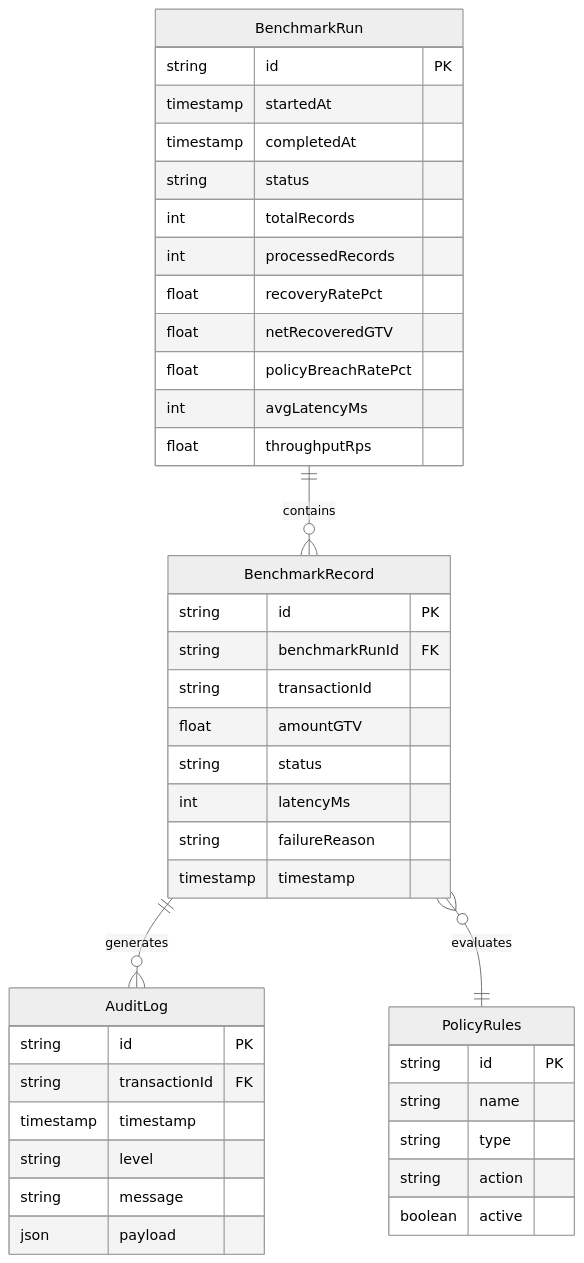
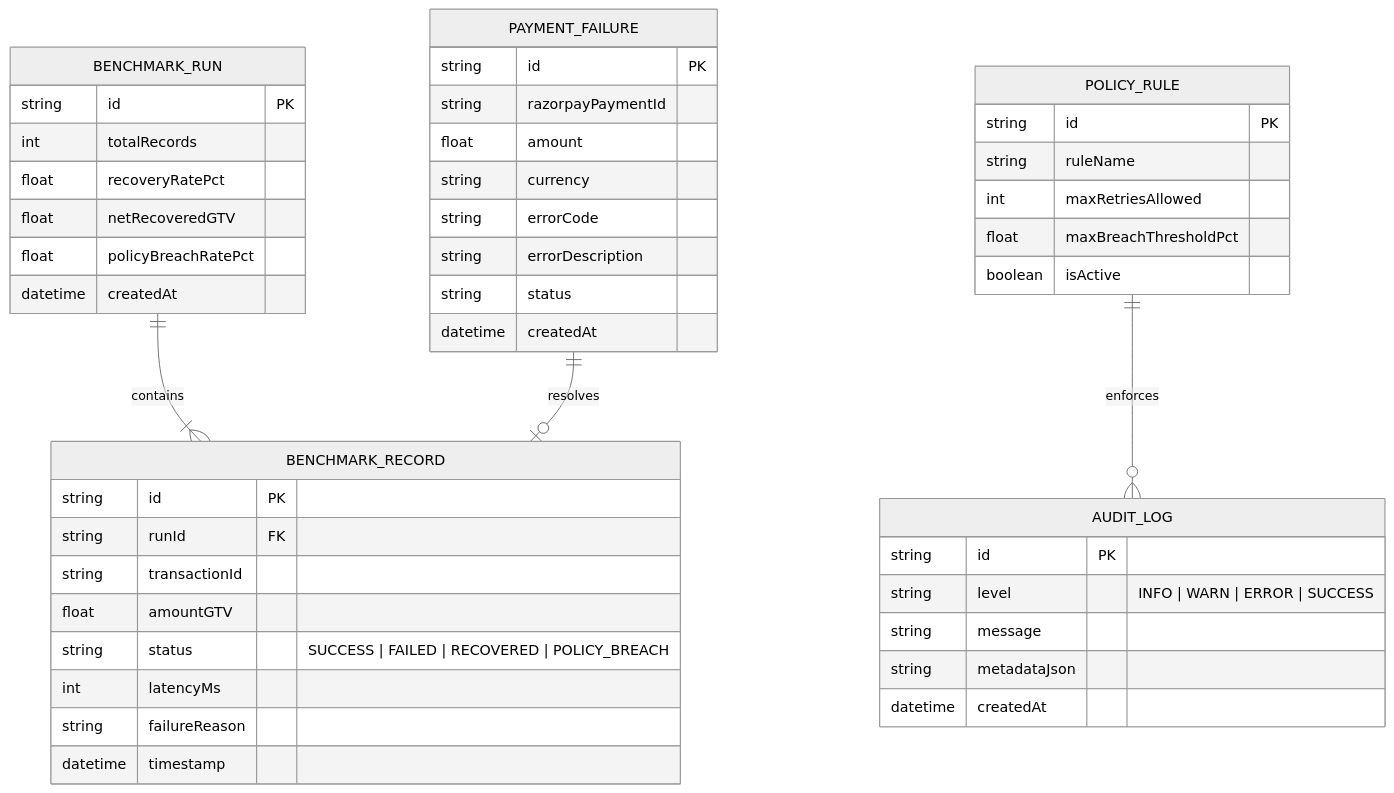
One commit to sanket9673/RevMatrix-AI changed the second of 2 diagrams in README.md. Above: the diagram before and after it, drawn with Mermaid (neutral theme). The commit also changed other lines of this file, not shown here.

````diff
--- a/README.md
+++ b/README.md
@@ -28,44 +86,49 @@
 ```mermaid
 erDiagram
-    BenchmarkRun ||--o{ BenchmarkRecord : contains
-    BenchmarkRun {
+    BENCHMARK_RUN ||--|{ BENCHMARK_RECORD : contains
+    PAYMENT_FAILURE ||--o| BENCHMARK_RECORD : resolves
+    POLICY_RULE ||--o{ AUDIT_LOG : enforces
+
+    BENCHMARK_RUN {
         string id PK
-        timestamp startedAt
-        timestamp completedAt
-        string status
         int totalRecords
-        int processedRecords
         float recoveryRatePct
         float netRecoveredGTV
         float policyBreachRatePct
-        int avgLatencyMs
-        float throughputRps
+        datetime createdAt
     }
-    BenchmarkRecord {
+    BENCHMARK_RECORD {
         string id PK
-        string benchmarkRunId FK
+        string runId FK
         string transactionId
         float amountGTV
-        string status
+        string status "SUCCESS | FAILED | RECOVERED | POLICY_BREACH"
         int latencyMs
         string failureReason
-        timestamp timestamp
+        datetime timestamp
     }
-    BenchmarkRecord ||--o{ AuditLog : generates
-    AuditLog {
+    PAYMENT_FAILURE {
         string id PK
-        string transactionId FK
-        timestamp timestamp
-        string level
+        string razorpayPaymentId
+        float amount
+        string currency
+        string errorCode
+        string errorDescription
+        string status
+        datetime createdAt
+    }
+    POLICY_RULE {
+        string id PK
+        string ruleName
+        int maxRetriesAllowed
+        float maxBreachThresholdPct
+        boolean isActive
+    }
+    AUDIT_LOG {
+        string id PK
+        string level "INFO | WARN | ERROR | SUCCESS"
         string message
-        json payload
-    }
-    BenchmarkRecord }o--|| PolicyRules : evaluates
-    PolicyRules {
-        string id PK
-        string name
-        string type
-        string action
-        boolean active
+        string metadataJson
+        datetime createdAt
     }
 ```
````
